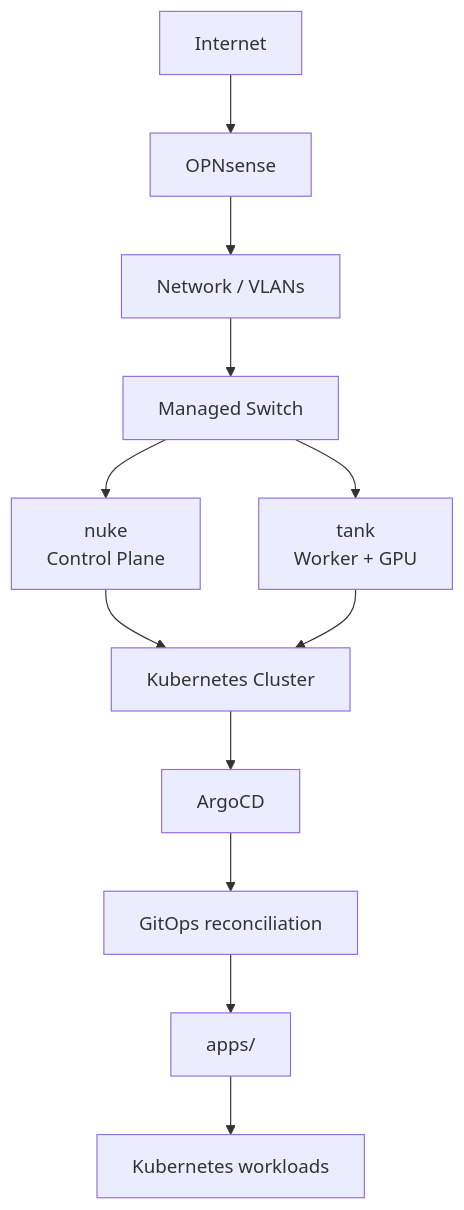
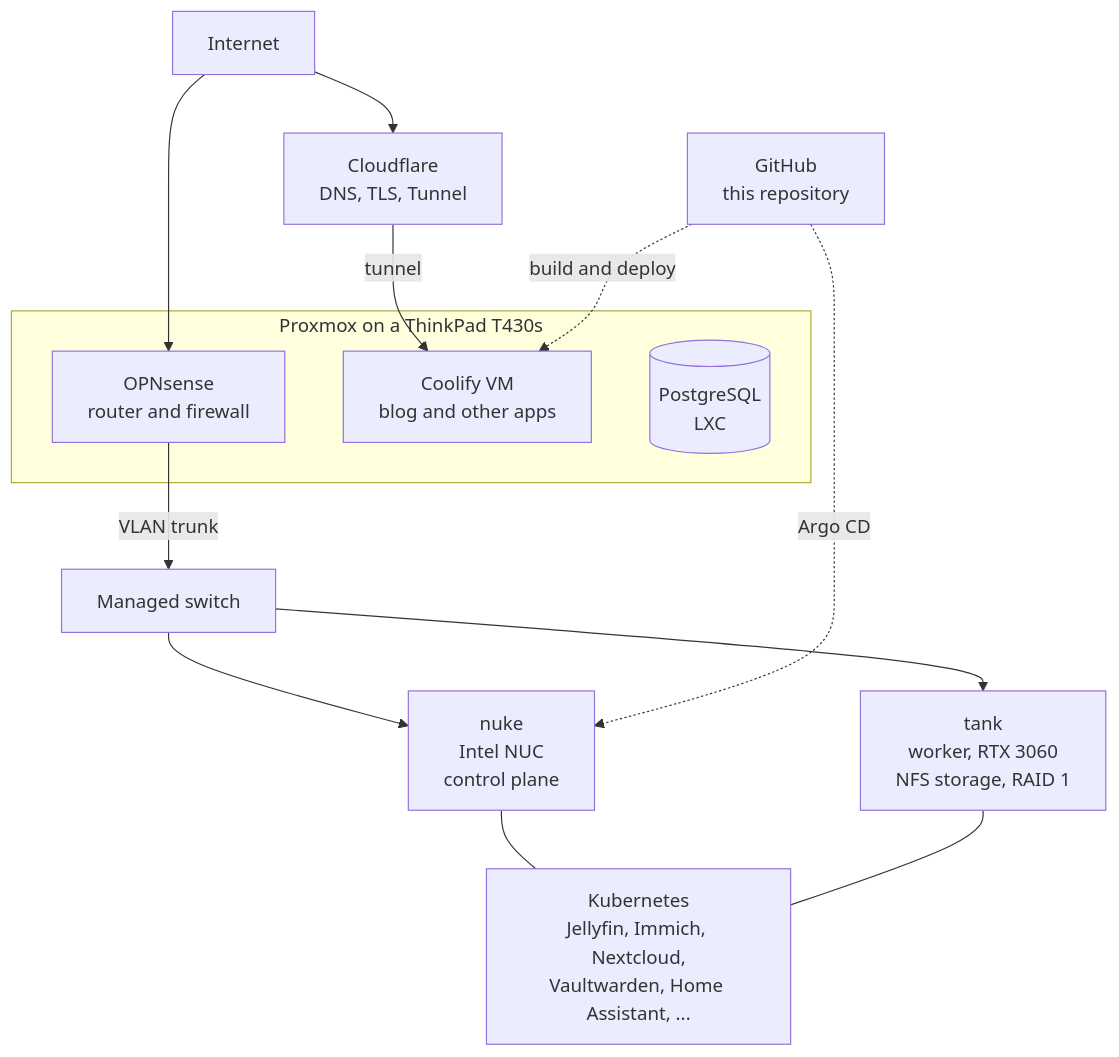
The first of 3 diagrams in README.md (Megjafari/home-ops), drawn with Mermaid before and after one commit. The commit also changed other lines of this file, not shown here.

````diff
--- a/README.md
+++ b/README.md
@@ -11,14 +12,21 @@
 ```mermaid
 flowchart TD
-    Internet --> OPNsense
-    OPNsense --> VLANs["Network / VLANs"]
-    VLANs --> Switch["Managed Switch"]
-    Switch --> nuke["nuke<br/>Control Plane"]
-    Switch --> tank["tank<br/>Worker + GPU"]
-    nuke --> K8s["Kubernetes Cluster"]
-    tank --> K8s
-    K8s --> ArgoCD
-    ArgoCD --> GitOps["GitOps reconciliation"]
-    GitOps --> apps["apps/"]
-    apps --> Workloads["Kubernetes workloads"]
+    Internet["Internet"] --> CF["Cloudflare<br/>DNS, TLS, Tunnel"]
+    Internet --> OPN["OPNsense<br/>router and firewall"]
+
+    subgraph PVE["Proxmox on a ThinkPad T430s"]
+        OPN
+        Coolify["Coolify VM<br/>blog and other apps"]
+        PG[("PostgreSQL<br/>LXC")]
+    end
+
+    OPN -->|"VLAN trunk"| SW["Managed switch"]
+    CF -->|"tunnel"| Coolify
+    SW --> nuke["nuke<br/>Intel NUC<br/>control plane"]
+    SW --> tank["tank<br/>worker, RTX 3060<br/>NFS storage, RAID 1"]
+
+    GH["GitHub<br/>this repository"] -.->|"Argo CD"| nuke
+    nuke --- K8s["Kubernetes<br/>Jellyfin, Immich, Nextcloud,<br/>Vaultwarden, Home Assistant, ..."]
+    tank --- K8s
+    GH -.->|"build and deploy"| Coolify
 ```
````
